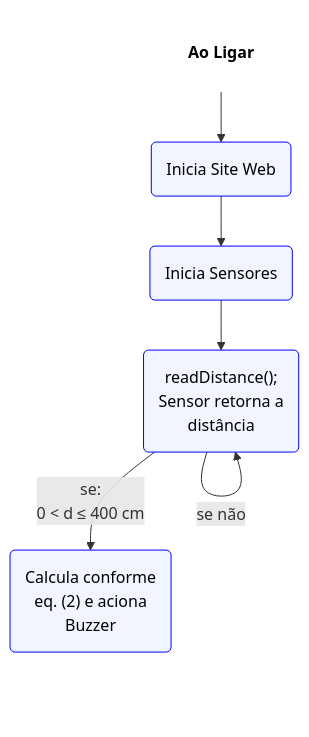
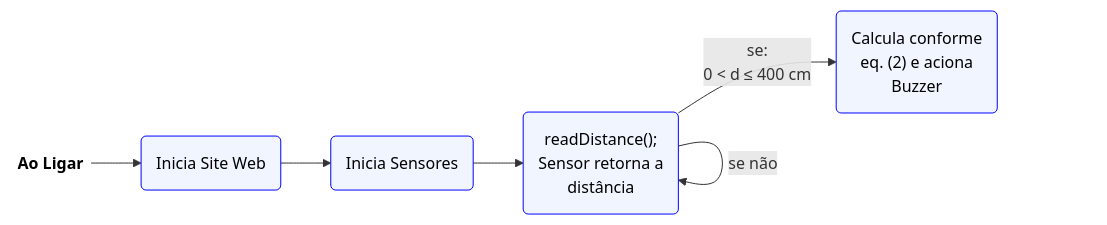
Before and after one commit to theHerick/soundvision: the diagram in README.md, drawn with Mermaid.

````diff
--- a/README.md
+++ b/README.md
@@ -45,15 +45,15 @@
 ```mermaid
-flowchart TD
+flowchart LR
     A((Ao Ligar)) --> B(Inicia Site Web)
     B --> C(Inicia Sensores)
     
     C --> D("readDistance();<br>Sensor retorna a<br>distância")
     
     D -->|se não| D
     D -->|"se:<br>0 < d ≤ 400 cm"| E("Calcula conforme<br>eq. (2) e aciona<br>Buzzer")
     
     %% Estilização para ficar parecido com as caixas azuis do LaTeX
     classDef default fill:#f0f5ff,stroke:#0000ff,stroke-width:1px,color:#000;
     classDef startNode fill:none,stroke:none,font-weight:bold;
     class A startNode;
 ```
````
